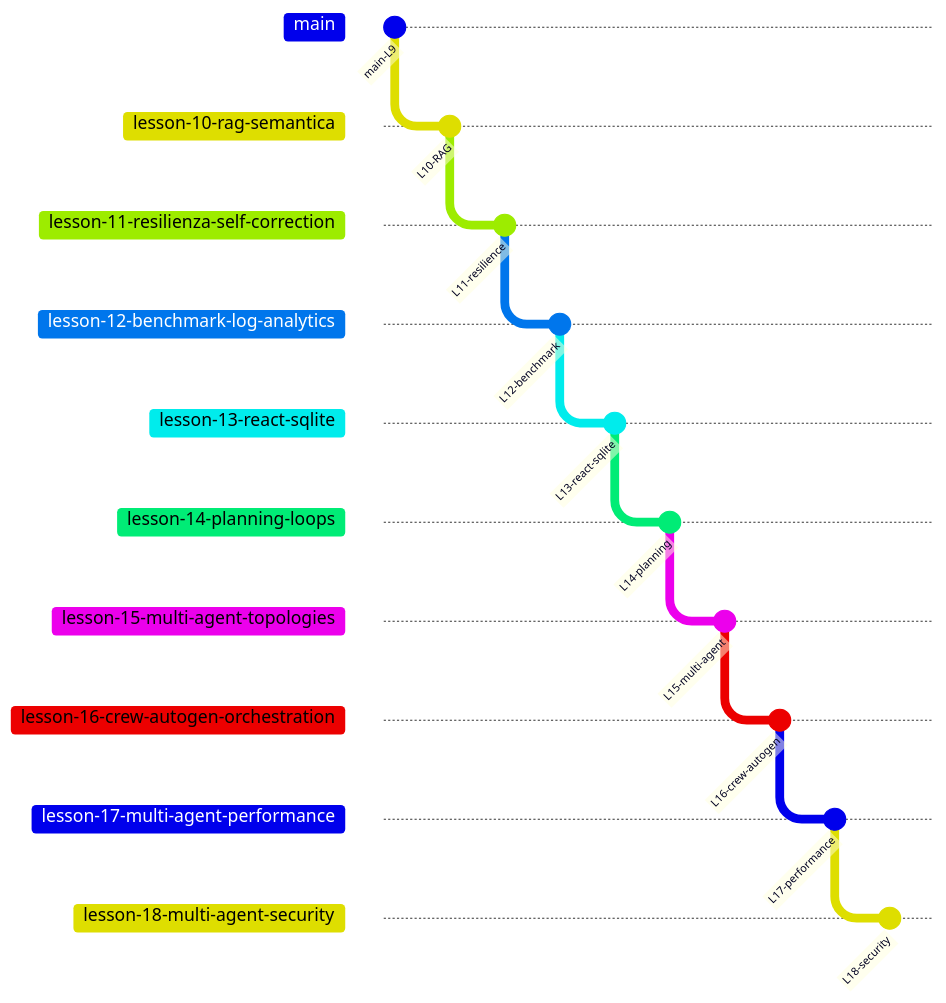
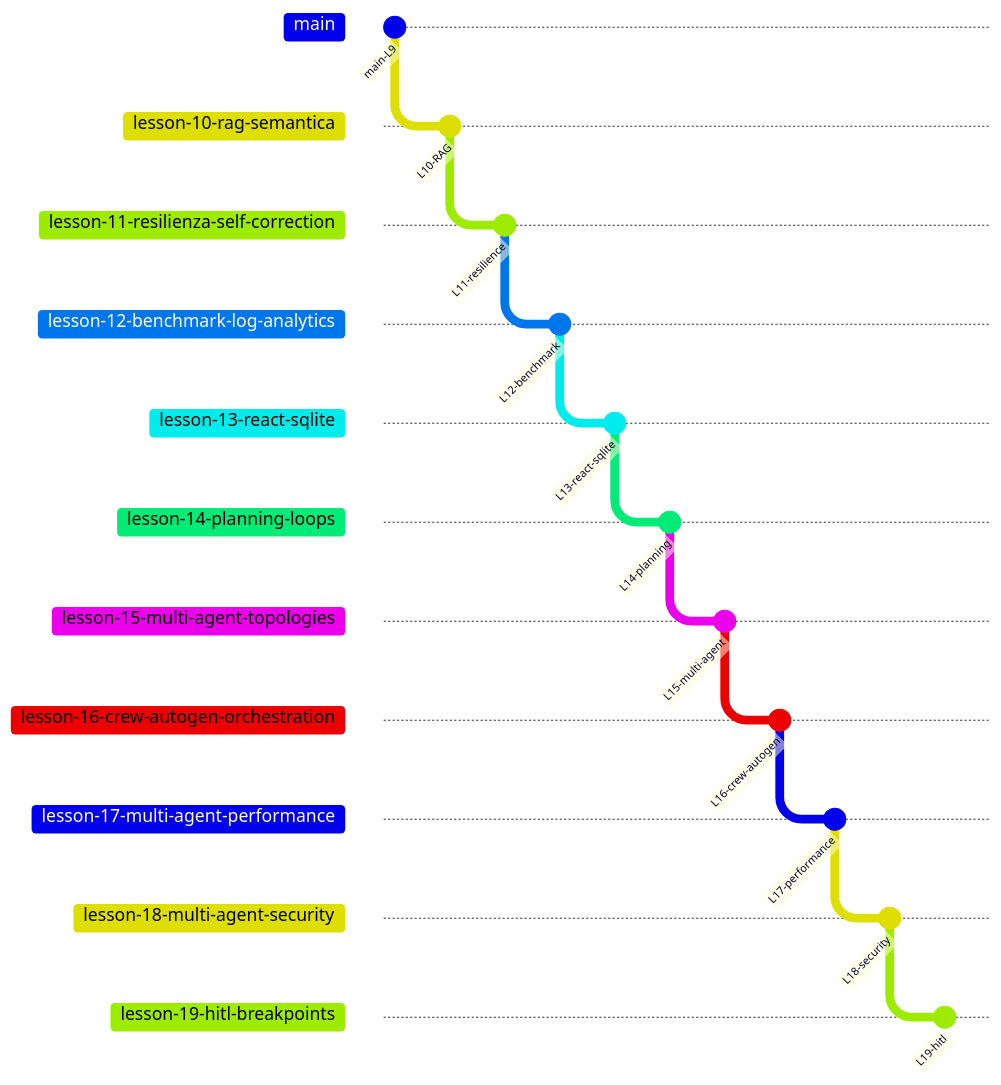
One commit to Impesud/agentic-triage-system changed the diagram in docs/CORSO_LEZIONI.md. Above: the diagram before and after it, drawn with Mermaid. The commit also changed other lines of this file and 31 other files, not shown here.

First line of the commit message:
feat(lesson-19): HITL breakpoints, ticket_states e resume ReAct

````diff
--- a/docs/CORSO_LEZIONI.md
+++ b/docs/CORSO_LEZIONI.md
@@ -21,31 +22,34 @@
 ```mermaid
 gitGraph
   commit id: "main-L9"
   branch lesson-10-rag-semantica
   checkout lesson-10-rag-semantica
   commit id: "L10-RAG"
   branch lesson-11-resilienza-self-correction
   checkout lesson-11-resilienza-self-correction
   commit id: "L11-resilience"
   branch lesson-12-benchmark-log-analytics
   checkout lesson-12-benchmark-log-analytics
   commit id: "L12-benchmark"
   branch lesson-13-react-sqlite
   checkout lesson-13-react-sqlite
   commit id: "L13-react-sqlite"
   branch lesson-14-planning-loops
   checkout lesson-14-planning-loops
   commit id: "L14-planning"
   branch lesson-15-multi-agent-topologies
   checkout lesson-15-multi-agent-topologies
   commit id: "L15-multi-agent"
   branch lesson-16-crew-autogen-orchestration
   checkout lesson-16-crew-autogen-orchestration
   commit id: "L16-crew-autogen"
   branch lesson-17-multi-agent-performance
   checkout lesson-17-multi-agent-performance
   commit id: "L17-performance"
   branch lesson-18-multi-agent-security
   checkout lesson-18-multi-agent-security
   commit id: "L18-security"
+  branch lesson-19-hitl-breakpoints
+  checkout lesson-19-hitl-breakpoints
+  commit id: "L19-hitl"
 ```
````
